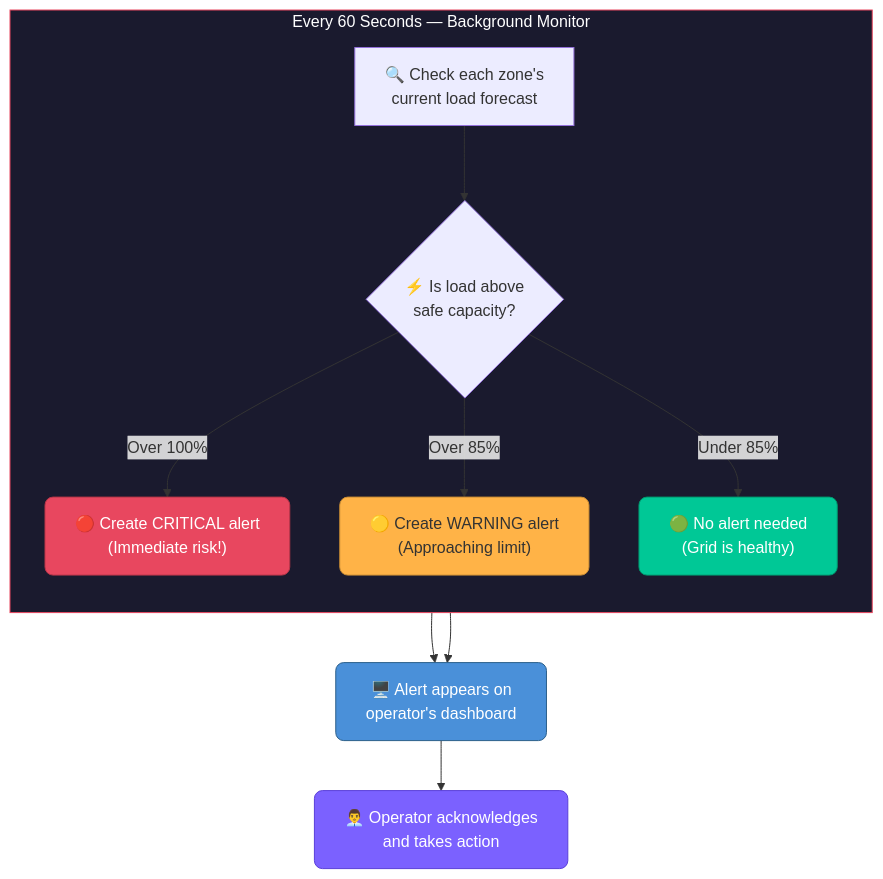
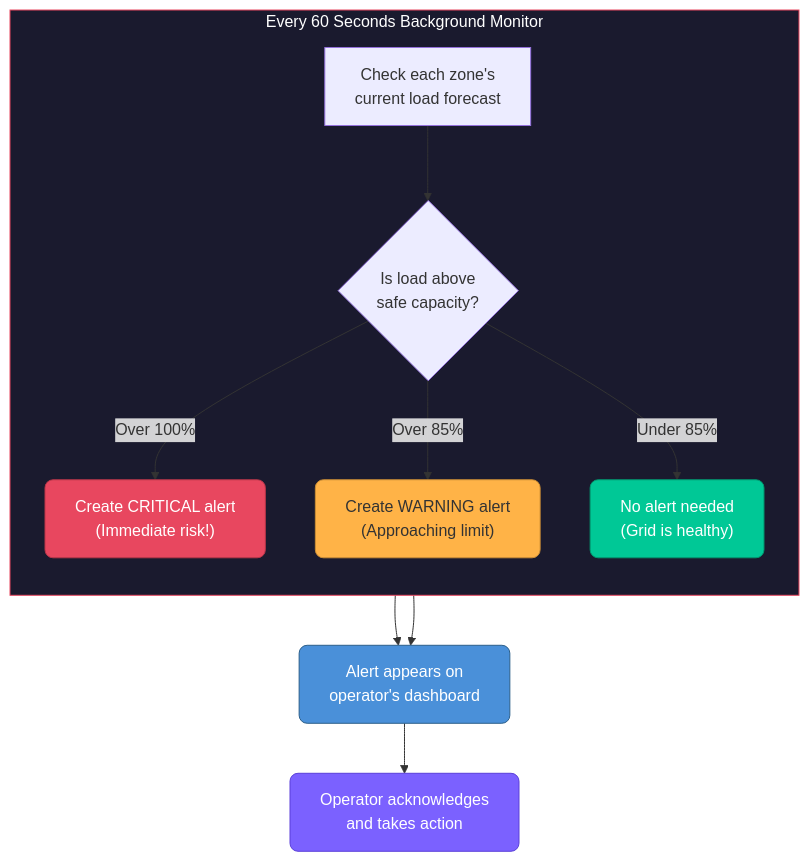
One commit to AbhimanRajCoder/VOLTARIS-AI changed the eighth of 9 diagrams in README.md. Above: the diagram before and after it, drawn with Mermaid. The commit also changed other lines of this file, not shown here.

````diff
--- a/README.md
+++ b/README.md
@@ -1095,22 +1198,22 @@
 ```mermaid
 flowchart TD
-    subgraph Loop["Every 60 Seconds — Background Monitor"]
-        direction TB
-        C1["🔍 Check each zone's\ncurrent load forecast"]
-        C1 --> C2{"⚡ Is load above\nsafe capacity?"}
-        C2 -->|"Over 100%"| CRIT["🔴 Create CRITICAL alert\n(Immediate risk!)"]
-        C2 -->|"Over 85%"| WARN["🟡 Create WARNING alert\n(Approaching limit)"]
-        C2 -->|"Under 85%"| SAFE["🟢 No alert needed\n(Grid is healthy)"]
-    end
+  subgraph Loop["Every 60 Seconds Background Monitor"]
+    direction TB
+    C1[" Check each zone's\ncurrent load forecast"]
+    C1 --> C2{" Is load above\nsafe capacity?"}
+    C2 -->|"Over 100%"| CRIT[" Create CRITICAL alert\n(Immediate risk!)"]
+    C2 -->|"Over 85%"| WARN[" Create WARNING alert\n(Approaching limit)"]
+    C2 -->|"Under 85%"| SAFE[" No alert needed\n(Grid is healthy)"]
+  end
 
-    CRIT --> DASH["🖥️ Alert appears on\noperator's dashboard"]
-    WARN --> DASH
-    DASH --> ACK["👨‍💼 Operator acknowledges\nand takes action"]
+  CRIT --> DASH[" Alert appears on\noperator's dashboard"]
+  WARN --> DASH
+  DASH --> ACK[" Operator acknowledges\nand takes action"]
 
-    style Loop fill:#1a1a2e,stroke:#E8475F,color:#fff
-    style CRIT fill:#E8475F,stroke:#B83649,color:#fff,rx:8
-    style WARN fill:#FFB347,stroke:#CC8E35,color:#333,rx:8
-    style SAFE fill:#00C896,stroke:#009970,color:#fff,rx:8
-    style DASH fill:#4A90D9,stroke:#2C5F8A,color:#fff,rx:8
-    style ACK fill:#7B61FF,stroke:#5A3FD9,color:#fff,rx:8
+  style Loop fill:#1a1a2e,stroke:#E8475F,color:#fff
+  style CRIT fill:#E8475F,stroke:#B83649,color:#fff,rx:8
+  style WARN fill:#FFB347,stroke:#CC8E35,color:#333,rx:8
+  style SAFE fill:#00C896,stroke:#009970,color:#fff,rx:8
+  style DASH fill:#4A90D9,stroke:#2C5F8A,color:#fff,rx:8
+  style ACK fill:#7B61FF,stroke:#5A3FD9,color:#fff,rx:8
 ```
````
